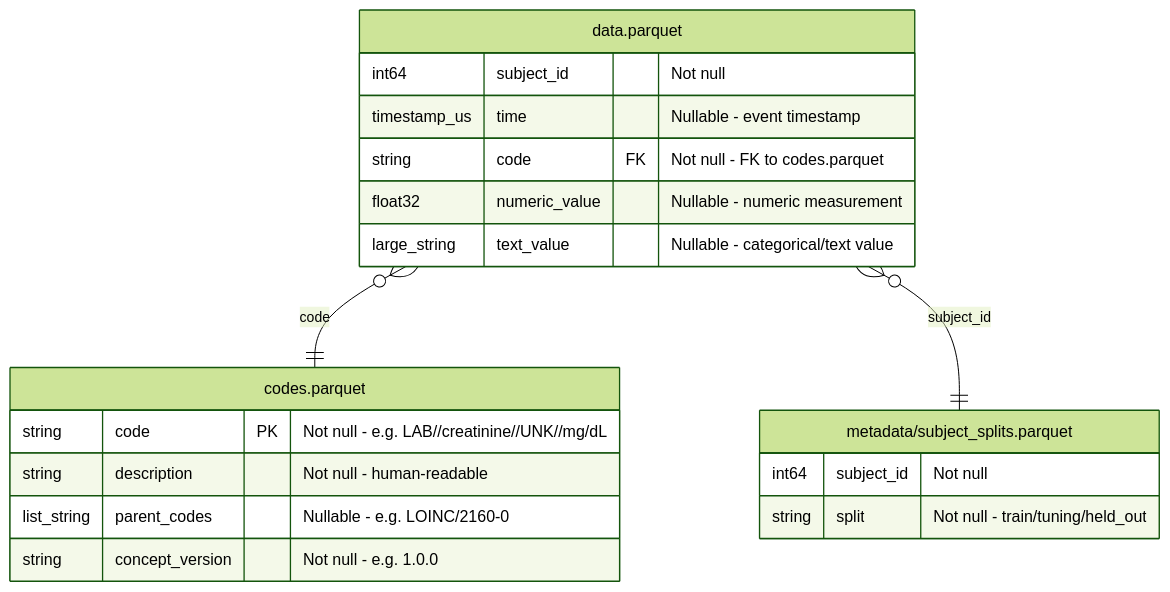
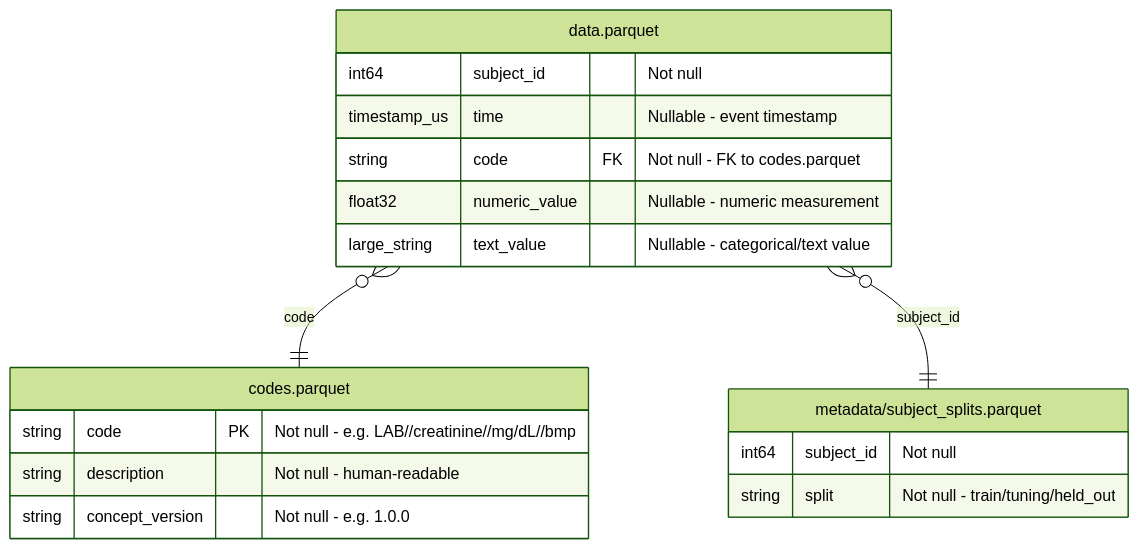
The diagram in efl/ELF.md (Common-Longitudinal-ICU-data-Format/ELF), drawn with Mermaid (forest theme) before and after one commit. The commit also changed other lines of this file and 18 other files, not shown here.

````diff
--- a/efl/ELF.md
+++ b/efl/ELF.md
@@ -13,25 +22,24 @@
 ``` mermaid
 erDiagram
     DATA["data.parquet"] {
         int64 subject_id "Not null"
         timestamp_us time "Nullable - event timestamp"
         string code FK "Not null - FK to codes.parquet"
         float32 numeric_value "Nullable - numeric measurement"
         large_string text_value "Nullable - categorical/text value"
     }
 
     CODES["codes.parquet"] {
-        string code PK "Not null - e.g. LAB//creatinine//UNK//mg/dL"
+        string code PK "Not null - e.g. LAB//creatinine//mg/dL//bmp"
         string description "Not null - human-readable"
-        list_string parent_codes "Nullable - e.g. LOINC/2160-0"
         string concept_version "Not null - e.g. 1.0.0"
     }
 
     SUBJECT_SPLITS["metadata/subject_splits.parquet"] {
         int64 subject_id "Not null"
         string split "Not null - train/tuning/held_out"
     }
 
     DATA }o--|| CODES : "code"
     DATA }o--|| SUBJECT_SPLITS : "subject_id"
 ```
````
